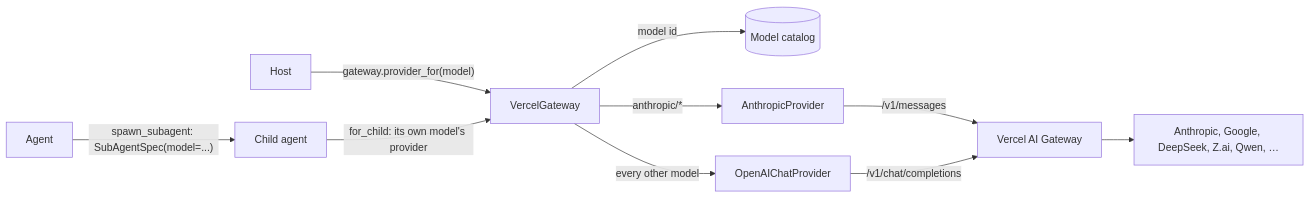
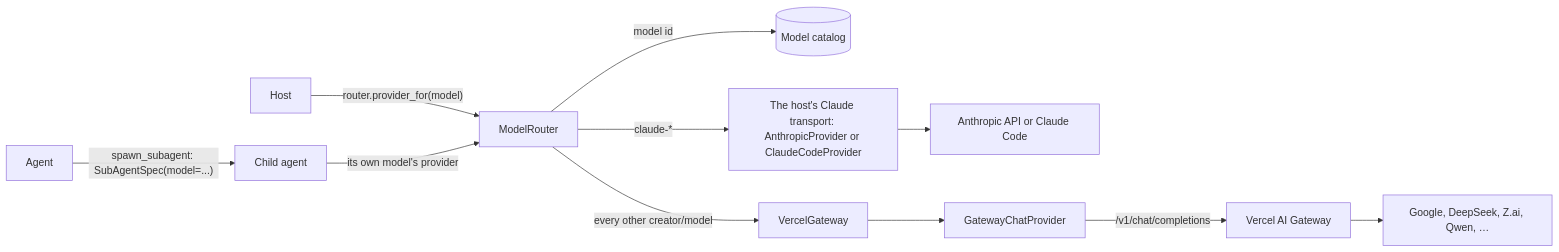
Before and after one commit to AuroSoni/agent-harness: the second of 2 diagrams in mental_model/planned_items/multi-provider-models.md, drawn with Mermaid. The commit also changed other lines of this file and 51 other files, not shown here.

````diff
--- a/mental_model/planned_items/multi-provider-models.md
+++ b/mental_model/planned_items/multi-provider-models.md
@@ -29,12 +35,12 @@
 ```mermaid
 flowchart LR
-  host["Host"] -- "gateway.provider_for(model)" --> gw["VercelGateway"]
-  gw -- "model id" --> cat[("Model catalog")]
-  gw -- "anthropic/*" --> ap["AnthropicProvider"]
-  gw -- "every other model" --> oc["OpenAIChatProvider"]
-  ap -- "/v1/messages" --> vg["Vercel AI Gateway"]
-  oc -- "/v1/chat/completions" --> vg
-  vg --> models["Anthropic, Google, DeepSeek, Z.ai, Qwen, …"]
+  host["Host"] -- "router.provider_for(model)" --> r["ModelRouter"]
+  r -- "model id" --> cat[("Model catalog")]
+  r -- "claude-*" --> ct["The host's Claude transport: AnthropicProvider or ClaudeCodeProvider"]
+  ct --> anth["Anthropic API or Claude Code"]
+  r -- "every other creator/model" --> gw["VercelGateway"] --> oc["GatewayChatProvider"]
+  oc -- "/v1/chat/completions" --> vg["Vercel AI Gateway"]
+  vg --> models["Google, DeepSeek, Z.ai, Qwen, …"]
   agent["Agent"] -- "spawn_subagent: SubAgentSpec(model=...)" --> child["Child agent"]
-  child -- "for_child: its own model's provider" --> gw
+  child -- "its own model's provider" --> r
 ```
````
